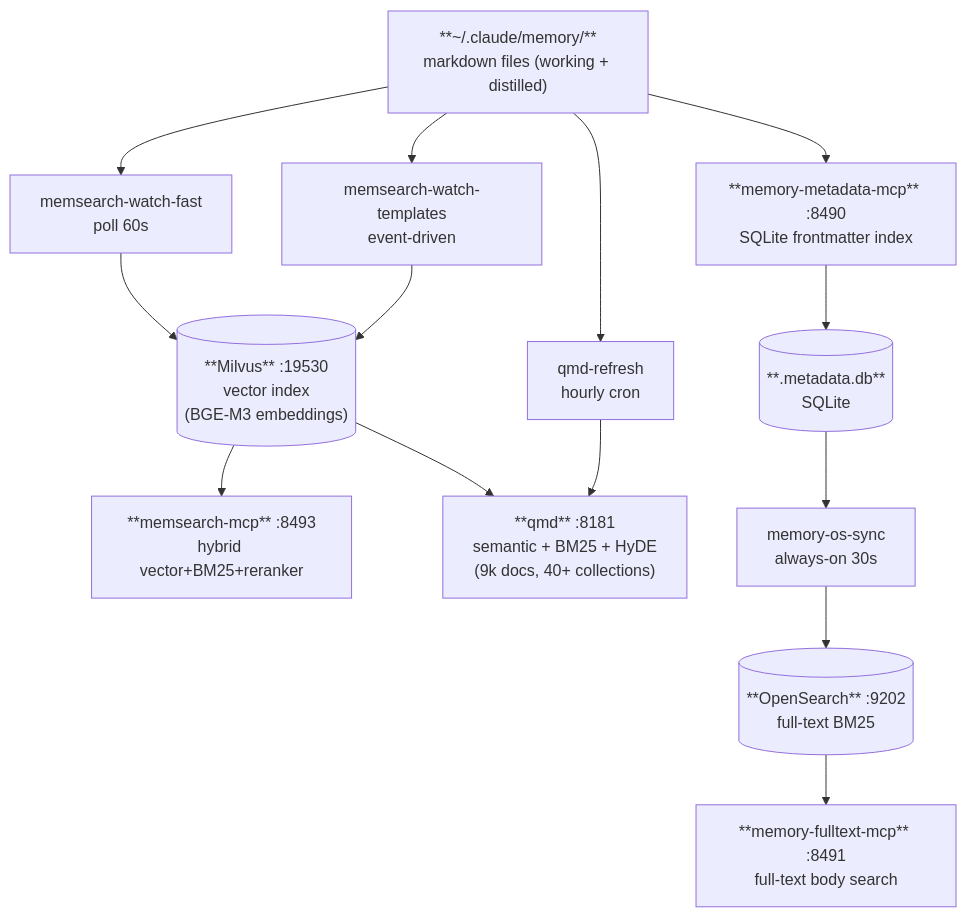
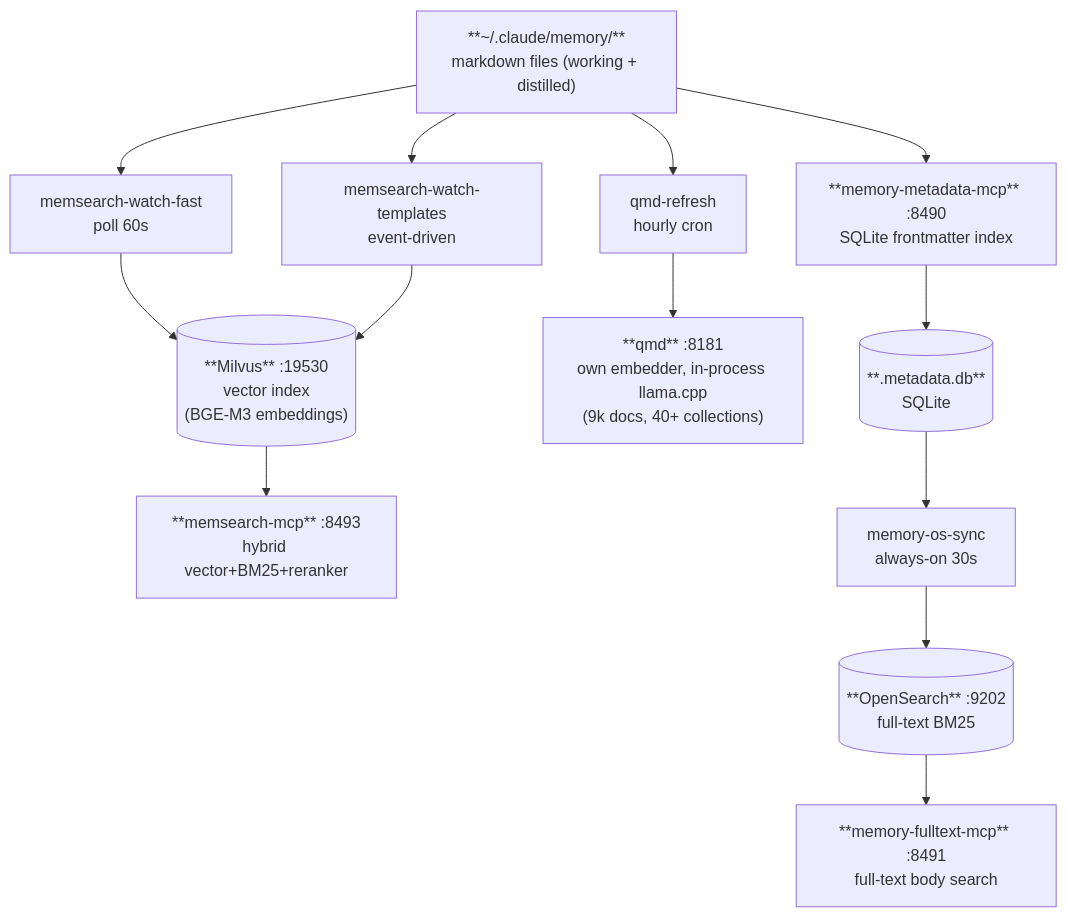
Before and after one commit to TadMSTR/homelab-agent: the second of 4 diagrams in docs/components/memory/memory-architecture.md, drawn with Mermaid. The commit also changed other lines of this file and 4 other files, not shown here.

````diff
--- a/docs/components/memory/memory-architecture.md
+++ b/docs/components/memory/memory-architecture.md
@@ -43,20 +43,19 @@
 ```mermaid
 flowchart TD
     notes["**~/.claude/memory/**\nmarkdown files (working + distilled)"]
 
     notes --> mw_fast["memsearch-watch-fast\npoll 60s"]
     notes --> mw_tmpl["memsearch-watch-templates\nevent-driven"]
     mw_fast --> milvus[("**Milvus** :19530\nvector index\n(BGE-M3 embeddings)")]
     mw_tmpl --> milvus
     milvus --> mm["**memsearch-mcp** :8493\nhybrid vector+BM25+reranker"]
 
-    milvus --> qmd_svc["**qmd** :8181\nsemantic + BM25 + HyDE\n(9k docs, 40+ collections)"]
     notes --> qr["qmd-refresh\nhourly cron"]
-    qr --> qmd_svc
+    qr --> qmd_svc["**qmd** :8181\nown embedder, in-process llama.cpp\n(9k docs, 40+ collections)"]
 
     notes --> meta["**memory-metadata-mcp** :8490\nSQLite frontmatter index"]
     meta --> sqlite[("**.metadata.db**\nSQLite")]
     sqlite --> os_sync["memory-os-sync\nalways-on 30s"]
     os_sync --> opensearch[("**OpenSearch** :9202\nfull-text BM25")]
     opensearch --> search["**memory-fulltext-mcp** :8491\nfull-text body search"]
 ```
````
